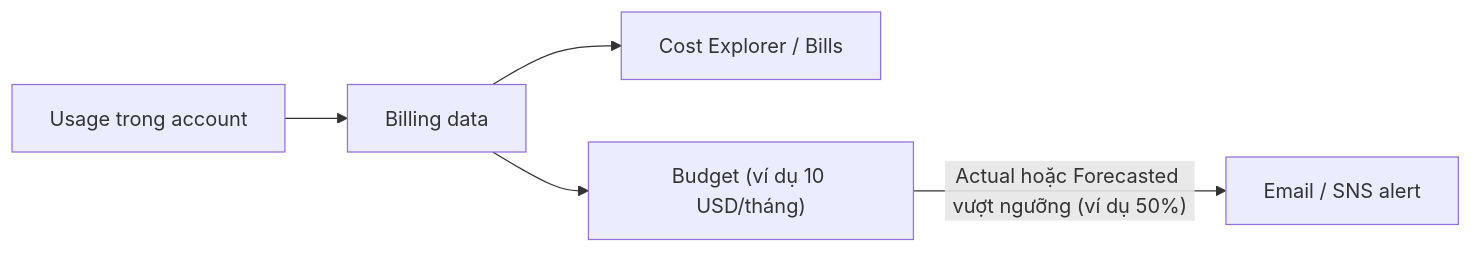
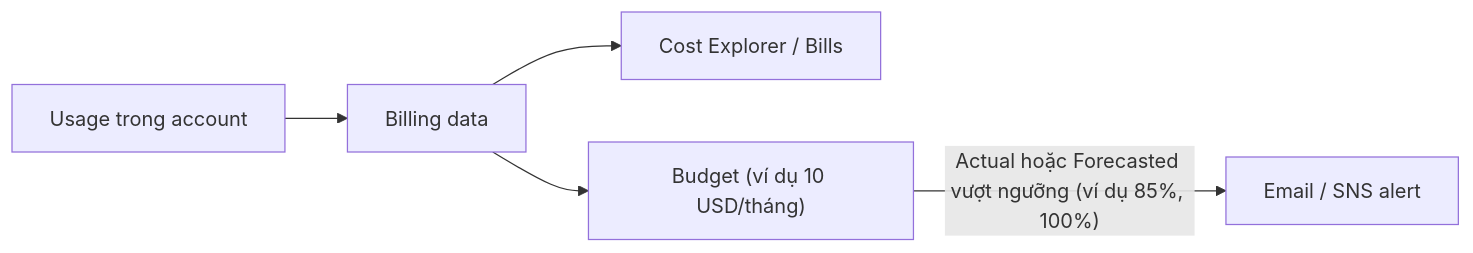
The diagram in data/01 Accounts and Basics/AWS Budgets.md (hairbui76/aws-saa-c03), drawn with Mermaid before and after one commit. The commit also changed other lines of this file and 20 other files, not shown here.

````diff
--- a/data/01 Accounts and Basics/AWS Budgets.md
+++ b/data/01 Accounts and Basics/AWS Budgets.md
@@ -36,7 +43,7 @@
 ```mermaid
 flowchart LR
   USE["Usage trong account"] --> BILL["Billing data"]
   BILL --> CE["Cost Explorer / Bills"]
   BILL --> BUD["Budget (ví dụ 10 USD/tháng)"]
-  BUD -->|"Actual hoặc Forecasted vượt ngưỡng (ví dụ 50%)"| ALERT["Email / SNS alert"]
+  BUD -->|"Actual hoặc Forecasted vượt ngưỡng (ví dụ 85%, 100%)"| ALERT["Email / SNS alert"]
 ```
````
